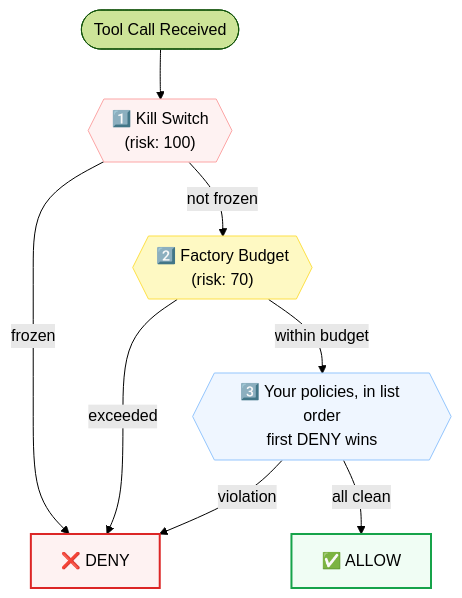
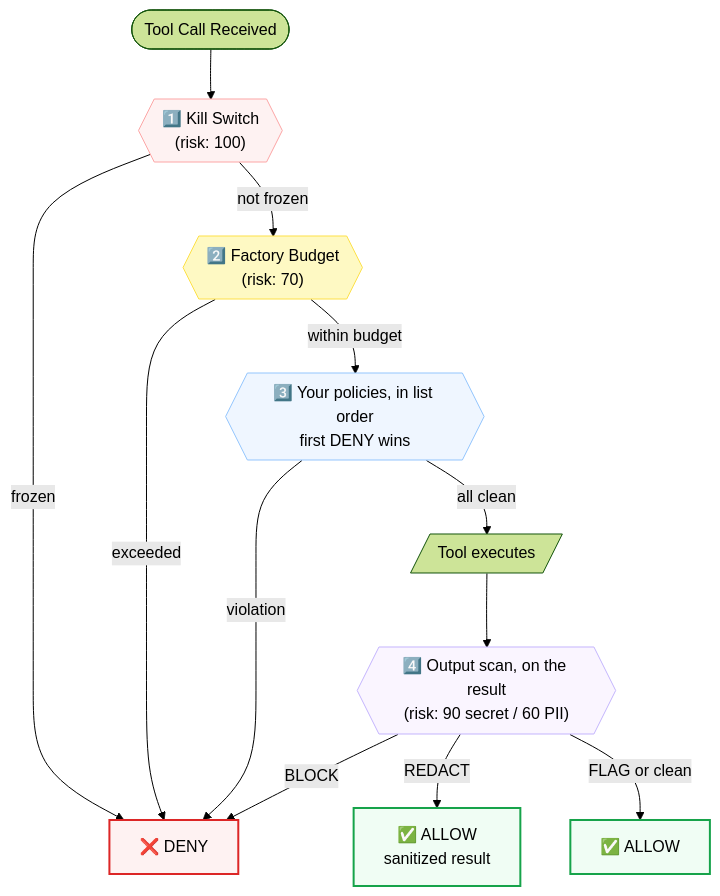
Before and after one commit to ag2ai/ag2: the third of 4 diagrams in website/docs/user-guide/extensions/tealtiger.mdx, drawn with Mermaid (forest theme). The commit also changed other lines of this file and 5 other files, not shown here.

First line of the commit message:
feat(tealtiger): add output_scan governance policy (#3240)

````diff
--- a/website/docs/user-guide/extensions/tealtiger.mdx
+++ b/website/docs/user-guide/extensions/tealtiger.mdx
@@ -577,16 +632,22 @@
 ```mermaid
 flowchart TD
     START([Tool Call Received]) --> S1
     S1{{"1️⃣ Kill Switch<br/>(risk: 100)"}} -->|frozen| DENY[❌ DENY]
     S1 -->|not frozen| S2
     S2{{"2️⃣ Factory Budget<br/>(risk: 70)"}} -->|exceeded| DENY
     S2 -->|within budget| S3
     S3{{"3️⃣ Your policies, in list order<br/>first DENY wins"}} -->|violation| DENY
-    S3 -->|all clean| ALLOW[✅ ALLOW]
+    S3 -->|all clean| RUN[/Tool executes/]
+    RUN --> S4
+    S4{{"4️⃣ Output scan, on the result<br/>(risk: 90 secret / 60 PII)"}} -->|BLOCK| DENY
+    S4 -->|REDACT| SANITIZED[✅ ALLOW<br/>sanitized result]
+    S4 -->|FLAG or clean| ALLOW[✅ ALLOW]
 
     style S1 fill:#fef2f2,stroke:#fca5a5
     style S2 fill:#fef9c3,stroke:#fde047
     style S3 fill:#eff6ff,stroke:#93c5fd
+    style S4 fill:#faf5ff,stroke:#c4b5fd
     style DENY fill:#fef2f2,stroke:#dc2626,stroke-width:2px
     style ALLOW fill:#f0fdf4,stroke:#16a34a,stroke-width:2px
+    style SANITIZED fill:#f0fdf4,stroke:#16a34a,stroke-width:2px
 ```
````
